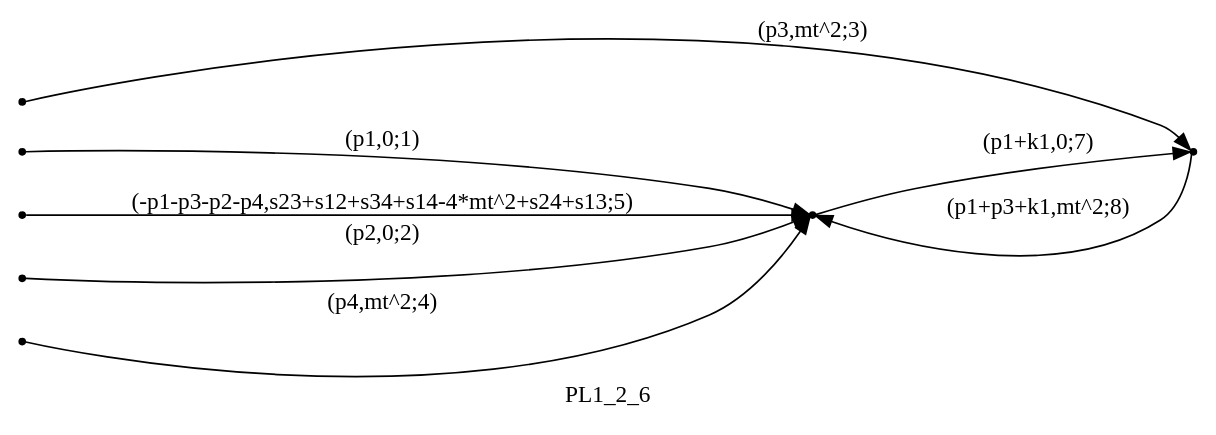
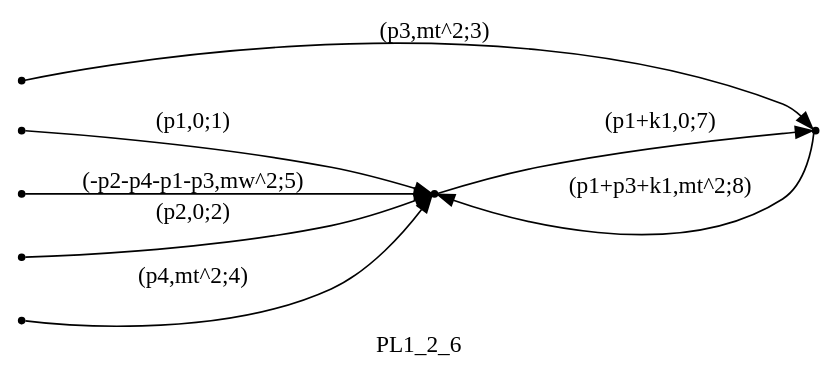
The diagram in 1loopAmplitude/Reduze/graphs/PL1/all/PL1_2_06.dot (UsHnBaGp/Wtt), drawn with Graphviz before and after one commit. The commit also changed 163 other files, not shown here.

```diff
--- a/1loopAmplitude/Reduze/graphs/PL1/all/PL1_2_06.dot
+++ b/1loopAmplitude/Reduze/graphs/PL1/all/PL1_2_06.dot
@@ -1,21 +1,21 @@
 digraph PL1_2_6 {
   label="PL1_2_6";
   rankdir="LR";
   subgraph edges {
     -1 -> 2 [label="(p1,0;1)"];
     -2 -> 2 [label="(p2,0;2)"];
     -3 -> 1 [label="(p3,mt^2;3)"];
     -4 -> 2 [label="(p4,mt^2;4)"];
-    -5 -> 2 [label="(-p1-p3-p2-p4,s23+s12+s34+s14-4*mt^2+s24+s13;5)"];
+    -5 -> 2 [label="(-p2-p4-p1-p3,mw^2;5)"];
     2 -> 1 [label="(p1+k1,0;7)"];
     1 -> 2 [label="(p1+p3+k1,mt^2;8)"];
   }
   subgraph incoming { rank="source"; -1; -2; -3; -4; -5; }
 -5 [shape=point];
 -4 [shape=point];
 -3 [shape=point];
 -2 [shape=point];
 -1 [shape=point];
 1 [shape=point];
 2 [shape=point];
 }
```
